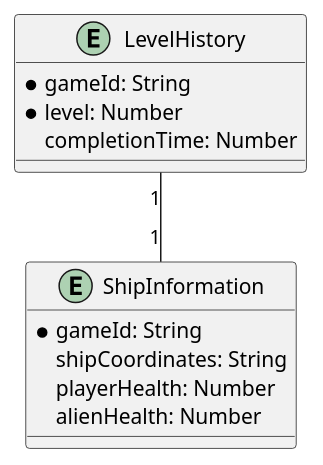
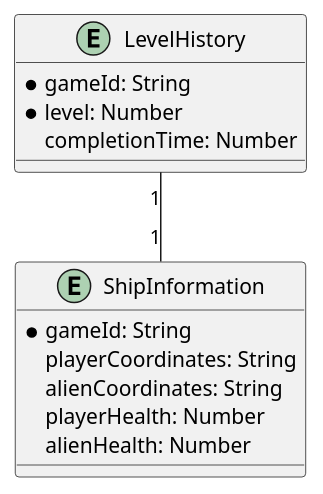
Before and after one commit to joe3673/Alien-Invader-Exterminator: the diagram in TableDesign.puml, drawn with PlantUML. The commit also changed 2 other files, not shown here.

```diff
--- a/TableDesign.puml
+++ b/TableDesign.puml
@@ -1,15 +1,16 @@
 @startuml
 entity LevelHistory{
     *gameId: String
     *level: Number
     completionTime: Number
 }
 entity ShipInformation{
     *gameId: String
-    shipCoordinates: String
+    playerCoordinates: String
+    alienCoordinates: String
     playerHealth: Number
     alienHealth: Number
 }
 
 LevelHistory "1" -- "1" ShipInformation
 @enduml
```
